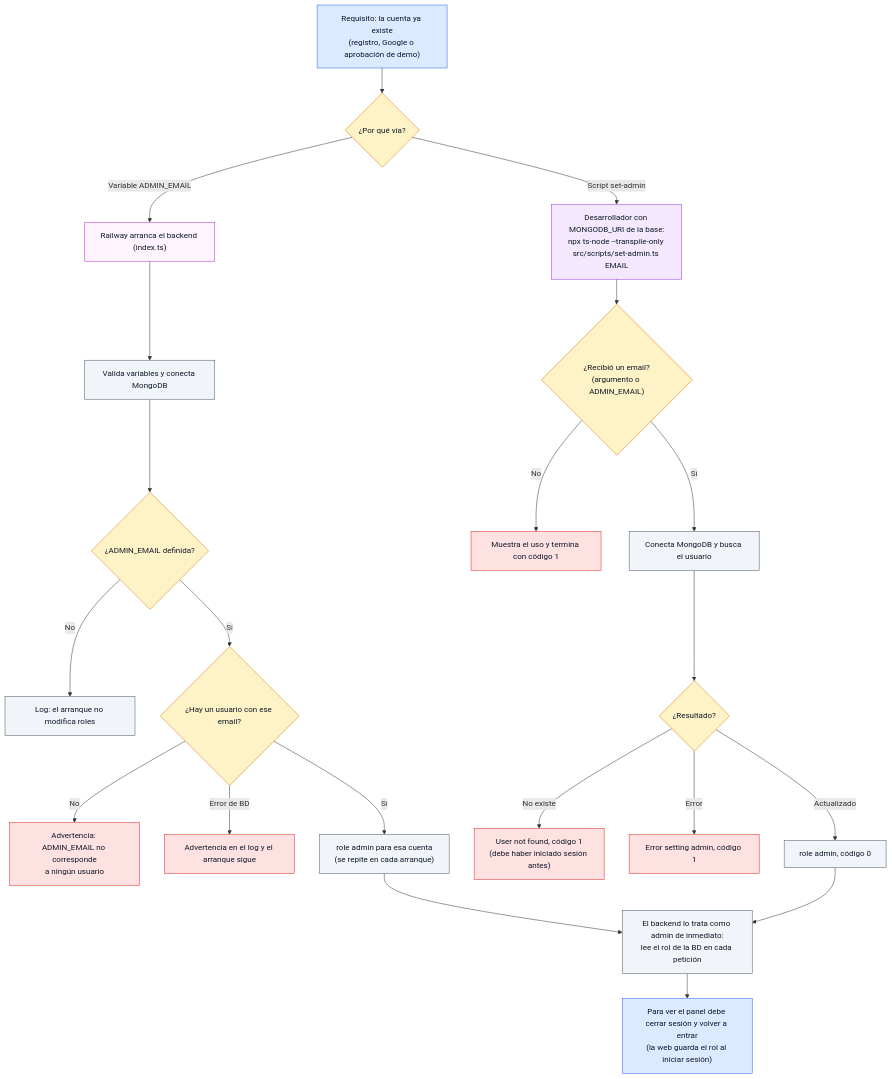
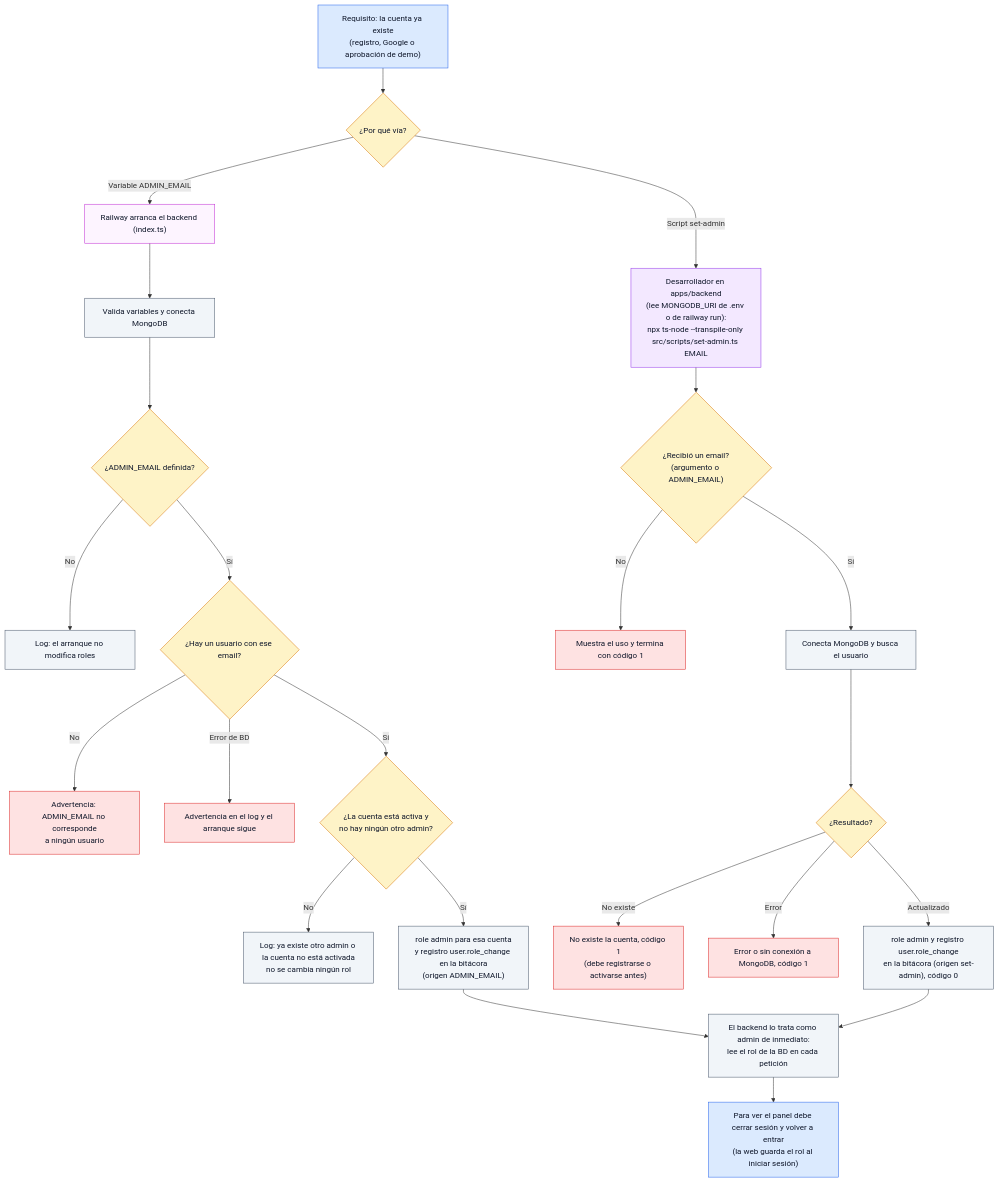
Before and after one commit to ronalc90/koptup: the ninth of 23 diagrams in docs/wiki/Doc-14-2-Flujos-de-Administracion-y-Operacion.md, drawn with Mermaid. The commit also changed other lines of this file and 245 other files, not shown here.

````diff
--- a/docs/wiki/Doc-14-2-Flujos-de-Administracion-y-Operacion.md
+++ b/docs/wiki/Doc-14-2-Flujos-de-Administracion-y-Operacion.md
@@ -478,46 +478,50 @@
 ```mermaid
 flowchart TD
     classDef visitante fill:#dbeafe,stroke:#2563eb,color:#0f172a
     classDef sistema fill:#f1f5f9,stroke:#475569,color:#0f172a
     classDef admin fill:#f3e8ff,stroke:#9333ea,color:#0f172a
     classDef aviso fill:#dcfce7,stroke:#16a34a,color:#0f172a
     classDef decision fill:#fef3c7,stroke:#d97706,color:#0f172a
     classDef error fill:#fee2e2,stroke:#dc2626,color:#0f172a
     classDef externo fill:#fdf4ff,stroke:#c026d3,color:#0f172a
 
     P0["Requisito: la cuenta ya existe<br/>(registro, Google o aprobación de demo)"]:::visitante
     D0{"¿Por qué vía?"}:::decision
     A1["Railway arranca el backend (index.ts)"]:::externo
     A2["Valida variables y conecta MongoDB"]:::sistema
     D1{"¿ADMIN_EMAIL definida?"}:::decision
     A3["Log: el arranque no modifica roles"]:::sistema
     D2{"¿Hay un usuario con ese email?"}:::decision
     E1["Advertencia: ADMIN_EMAIL no corresponde<br/>a ningún usuario"]:::error
     E2["Advertencia en el log y el arranque sigue"]:::error
-    A4["role admin para esa cuenta<br/>(se repite en cada arranque)"]:::sistema
-    S1["Desarrollador con MONGODB_URI de la base:<br/>npx ts-node --transpile-only src/scripts/set-admin.ts EMAIL"]:::admin
+    D5{"¿La cuenta está activa y<br/>no hay ningún otro admin?"}:::decision
+    E6["Log: ya existe otro admin o la cuenta no está activada<br/>no se cambia ningún rol"]:::sistema
+    A4["role admin para esa cuenta<br/>y registro user.role_change en la bitácora<br/>(origen ADMIN_EMAIL)"]:::sistema
+    S1["Desarrollador en apps/backend<br/>(lee MONGODB_URI de .env o de railway run):<br/>npx ts-node --transpile-only src/scripts/set-admin.ts EMAIL"]:::admin
     D3{"¿Recibió un email?<br/>(argumento o ADMIN_EMAIL)"}:::decision
     E3["Muestra el uso y termina con código 1"]:::error
     S2["Conecta MongoDB y busca el usuario"]:::sistema
     D4{"¿Resultado?"}:::decision
-    E4["User not found, código 1<br/>(debe haber iniciado sesión antes)"]:::error
-    E5["Error setting admin, código 1"]:::error
-    S3["role admin, código 0"]:::sistema
+    E4["No existe la cuenta, código 1<br/>(debe registrarse o activarse antes)"]:::error
+    E5["Error o sin conexión a MongoDB, código 1"]:::error
+    S3["role admin y registro user.role_change<br/>en la bitácora (origen set-admin), código 0"]:::sistema
     R1["El backend lo trata como admin de inmediato:<br/>lee el rol de la BD en cada petición"]:::sistema
     R2["Para ver el panel debe cerrar sesión y volver a entrar<br/>(la web guarda el rol al iniciar sesión)"]:::visitante
 
     P0 --> D0
     D0 -->|"Variable ADMIN_EMAIL"| A1 --> A2 --> D1
     D1 -->|"No"| A3
     D1 -->|"Sí"| D2
     D2 -->|"No"| E1
     D2 -->|"Error de BD"| E2
-    D2 -->|"Sí"| A4 --> R1
+    D2 -->|"Sí"| D5
+    D5 -->|"No"| E6
+    D5 -->|"Sí"| A4 --> R1
     D0 -->|"Script set-admin"| S1 --> D3
     D3 -->|"No"| E3
     D3 -->|"Sí"| S2 --> D4
     D4 -->|"No existe"| E4
     D4 -->|"Error"| E5
     D4 -->|"Actualizado"| S3 --> R1
     R1 --> R2
 ```
````
